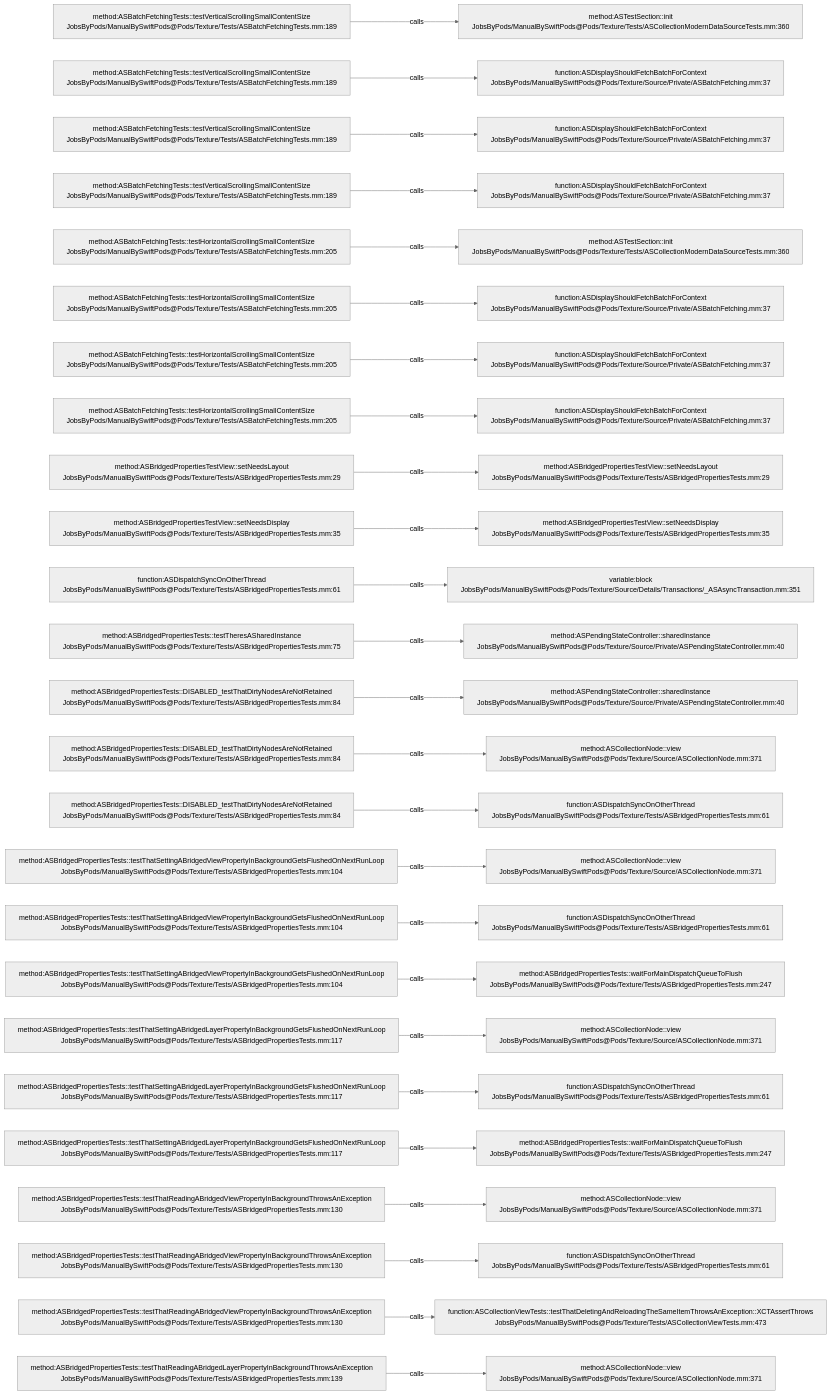
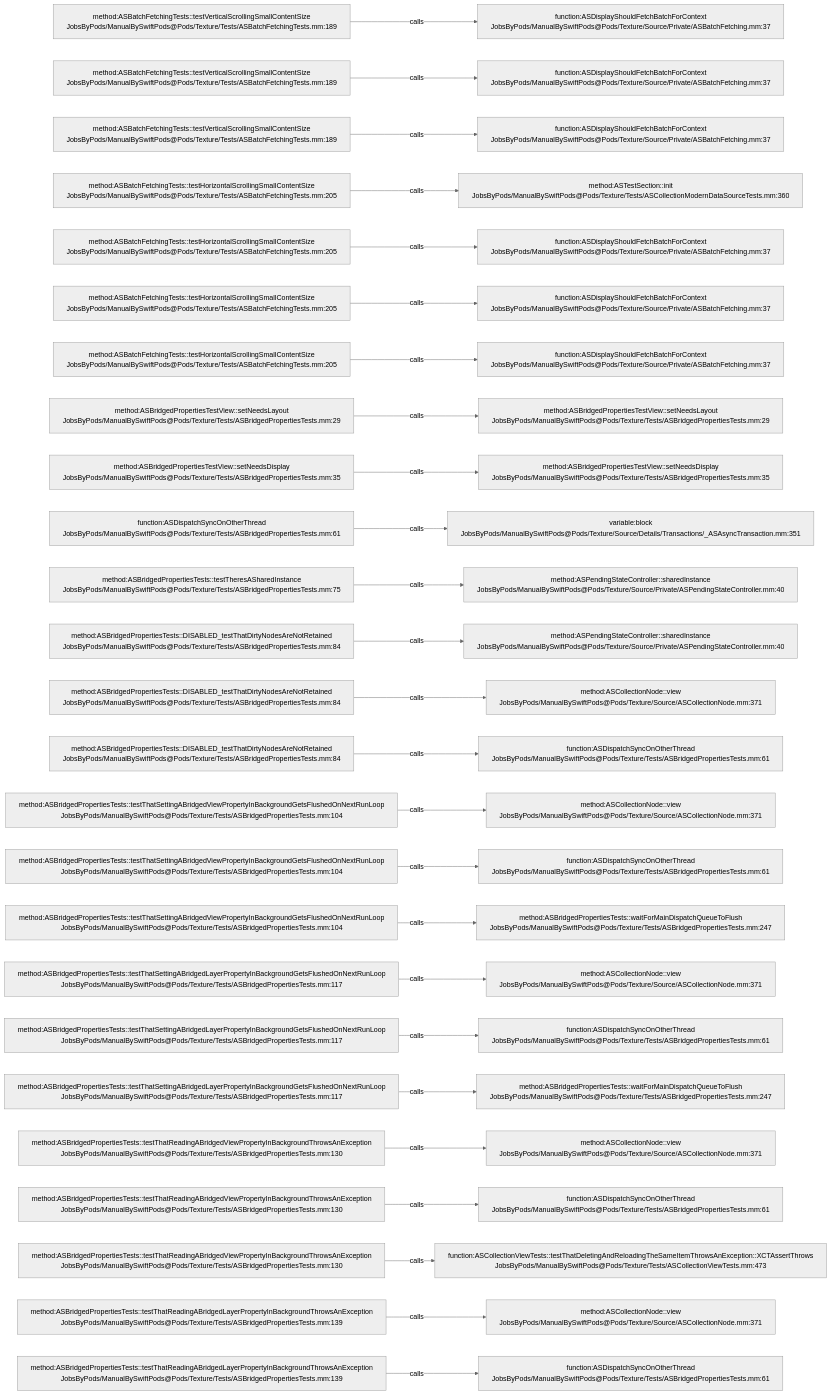
One commit to JobsKits/JobsSwiftBaseConfigDemo changed the diagram in .codegraph/codegraph.md/graphs/calls-163.md. Above: the diagram before and after it, drawn with Mermaid (neutral theme). The commit also changed 747 other files, not shown here.

````diff
--- a/.codegraph/codegraph.md/graphs/calls-163.md
+++ b/.codegraph/codegraph.md/graphs/calls-163.md
@@ -13,78 +13,78 @@
 ```mermaid
 flowchart LR
   S1["method:ASBatchFetchingTests::testVerticalScrollingSmallContentSize<br/>JobsByPods/ManualBySwiftPods@Pods/Texture/Tests/ASBatchFetchingTests.mm:189"]
-  T1["method:ASTestSection::init<br/>JobsByPods/ManualBySwiftPods@Pods/Texture/Tests/ASCollectionModernDataSourceTests.mm:360"]
+  T1["function:ASDisplayShouldFetchBatchForContext<br/>JobsByPods/ManualBySwiftPods@Pods/Texture/Source/Private/ASBatchFetching.mm:37"]
   S1 -->|calls| T1
   S2["method:ASBatchFetchingTests::testVerticalScrollingSmallContentSize<br/>JobsByPods/ManualBySwiftPods@Pods/Texture/Tests/ASBatchFetchingTests.mm:189"]
   T2["function:ASDisplayShouldFetchBatchForContext<br/>JobsByPods/ManualBySwiftPods@Pods/Texture/Source/Private/ASBatchFetching.mm:37"]
   S2 -->|calls| T2
   S3["method:ASBatchFetchingTests::testVerticalScrollingSmallContentSize<br/>JobsByPods/ManualBySwiftPods@Pods/Texture/Tests/ASBatchFetchingTests.mm:189"]
   T3["function:ASDisplayShouldFetchBatchForContext<br/>JobsByPods/ManualBySwiftPods@Pods/Texture/Source/Private/ASBatchFetching.mm:37"]
   S3 -->|calls| T3
-  S4["method:ASBatchFetchingTests::testVerticalScrollingSmallContentSize<br/>JobsByPods/ManualBySwiftPods@Pods/Texture/Tests/ASBatchFetchingTests.mm:189"]
-  T4["function:ASDisplayShouldFetchBatchForContext<br/>JobsByPods/ManualBySwiftPods@Pods/Texture/Source/Private/ASBatchFetching.mm:37"]
+  S4["method:ASBatchFetchingTests::testHorizontalScrollingSmallContentSize<br/>JobsByPods/ManualBySwiftPods@Pods/Texture/Tests/ASBatchFetchingTests.mm:205"]
+  T4["method:ASTestSection::init<br/>JobsByPods/ManualBySwiftPods@Pods/Texture/Tests/ASCollectionModernDataSourceTests.mm:360"]
   S4 -->|calls| T4
   S5["method:ASBatchFetchingTests::testHorizontalScrollingSmallContentSize<br/>JobsByPods/ManualBySwiftPods@Pods/Texture/Tests/ASBatchFetchingTests.mm:205"]
-  T5["method:ASTestSection::init<br/>JobsByPods/ManualBySwiftPods@Pods/Texture/Tests/ASCollectionModernDataSourceTests.mm:360"]
+  T5["function:ASDisplayShouldFetchBatchForContext<br/>JobsByPods/ManualBySwiftPods@Pods/Texture/Source/Private/ASBatchFetching.mm:37"]
   S5 -->|calls| T5
   S6["method:ASBatchFetchingTests::testHorizontalScrollingSmallContentSize<br/>JobsByPods/ManualBySwiftPods@Pods/Texture/Tests/ASBatchFetchingTests.mm:205"]
   T6["function:ASDisplayShouldFetchBatchForContext<br/>JobsByPods/ManualBySwiftPods@Pods/Texture/Source/Private/ASBatchFetching.mm:37"]
   S6 -->|calls| T6
   S7["method:ASBatchFetchingTests::testHorizontalScrollingSmallContentSize<br/>JobsByPods/ManualBySwiftPods@Pods/Texture/Tests/ASBatchFetchingTests.mm:205"]
   T7["function:ASDisplayShouldFetchBatchForContext<br/>JobsByPods/ManualBySwiftPods@Pods/Texture/Source/Private/ASBatchFetching.mm:37"]
   S7 -->|calls| T7
-  S8["method:ASBatchFetchingTests::testHorizontalScrollingSmallContentSize<br/>JobsByPods/ManualBySwiftPods@Pods/Texture/Tests/ASBatchFetchingTests.mm:205"]
-  T8["function:ASDisplayShouldFetchBatchForContext<br/>JobsByPods/ManualBySwiftPods@Pods/Texture/Source/Private/ASBatchFetching.mm:37"]
+  S8["method:ASBridgedPropertiesTestView::setNeedsLayout<br/>JobsByPods/ManualBySwiftPods@Pods/Texture/Tests/ASBridgedPropertiesTests.mm:29"]
+  T8["method:ASBridgedPropertiesTestView::setNeedsLayout<br/>JobsByPods/ManualBySwiftPods@Pods/Texture/Tests/ASBridgedPropertiesTests.mm:29"]
   S8 -->|calls| T8
-  S9["method:ASBridgedPropertiesTestView::setNeedsLayout<br/>JobsByPods/ManualBySwiftPods@Pods/Texture/Tests/ASBridgedPropertiesTests.mm:29"]
-  T9["method:ASBridgedPropertiesTestView::setNeedsLayout<br/>JobsByPods/ManualBySwiftPods@Pods/Texture/Tests/ASBridgedPropertiesTests.mm:29"]
+  S9["method:ASBridgedPropertiesTestView::setNeedsDisplay<br/>JobsByPods/ManualBySwiftPods@Pods/Texture/Tests/ASBridgedPropertiesTests.mm:35"]
+  T9["method:ASBridgedPropertiesTestView::setNeedsDisplay<br/>JobsByPods/ManualBySwiftPods@Pods/Texture/Tests/ASBridgedPropertiesTests.mm:35"]
   S9 -->|calls| T9
-  S10["method:ASBridgedPropertiesTestView::setNeedsDisplay<br/>JobsByPods/ManualBySwiftPods@Pods/Texture/Tests/ASBridgedPropertiesTests.mm:35"]
-  T10["method:ASBridgedPropertiesTestView::setNeedsDisplay<br/>JobsByPods/ManualBySwiftPods@Pods/Texture/Tests/ASBridgedPropertiesTests.mm:35"]
+  S10["function:ASDispatchSyncOnOtherThread<br/>JobsByPods/ManualBySwiftPods@Pods/Texture/Tests/ASBridgedPropertiesTests.mm:61"]
+  T10["variable:block<br/>JobsByPods/ManualBySwiftPods@Pods/Texture/Source/Details/Transactions/_ASAsyncTransaction.mm:351"]
   S10 -->|calls| T10
-  S11["function:ASDispatchSyncOnOtherThread<br/>JobsByPods/ManualBySwiftPods@Pods/Texture/Tests/ASBridgedPropertiesTests.mm:61"]
-  T11["variable:block<br/>JobsByPods/ManualBySwiftPods@Pods/Texture/Source/Details/Transactions/_ASAsyncTransaction.mm:351"]
+  S11["method:ASBridgedPropertiesTests::testTheresASharedInstance<br/>JobsByPods/ManualBySwiftPods@Pods/Texture/Tests/ASBridgedPropertiesTests.mm:75"]
+  T11["method:ASPendingStateController::sharedInstance<br/>JobsByPods/ManualBySwiftPods@Pods/Texture/Source/Private/ASPendingStateController.mm:40"]
   S11 -->|calls| T11
-  S12["method:ASBridgedPropertiesTests::testTheresASharedInstance<br/>JobsByPods/ManualBySwiftPods@Pods/Texture/Tests/ASBridgedPropertiesTests.mm:75"]
+  S12["method:ASBridgedPropertiesTests::DISABLED_testThatDirtyNodesAreNotRetained<br/>JobsByPods/ManualBySwiftPods@Pods/Texture/Tests/ASBridgedPropertiesTests.mm:84"]
   T12["method:ASPendingStateController::sharedInstance<br/>JobsByPods/ManualBySwiftPods@Pods/Texture/Source/Private/ASPendingStateController.mm:40"]
   S12 -->|calls| T12
   S13["method:ASBridgedPropertiesTests::DISABLED_testThatDirtyNodesAreNotRetained<br/>JobsByPods/ManualBySwiftPods@Pods/Texture/Tests/ASBridgedPropertiesTests.mm:84"]
-  T13["method:ASPendingStateController::sharedInstance<br/>JobsByPods/ManualBySwiftPods@Pods/Texture/Source/Private/ASPendingStateController.mm:40"]
+  T13["method:ASCollectionNode::view<br/>JobsByPods/ManualBySwiftPods@Pods/Texture/Source/ASCollectionNode.mm:371"]
   S13 -->|calls| T13
   S14["method:ASBridgedPropertiesTests::DISABLED_testThatDirtyNodesAreNotRetained<br/>JobsByPods/ManualBySwiftPods@Pods/Texture/Tests/ASBridgedPropertiesTests.mm:84"]
-  T14["method:ASCollectionNode::view<br/>JobsByPods/ManualBySwiftPods@Pods/Texture/Source/ASCollectionNode.mm:371"]
+  T14["function:ASDispatchSyncOnOtherThread<br/>JobsByPods/ManualBySwiftPods@Pods/Texture/Tests/ASBridgedPropertiesTests.mm:61"]
   S14 -->|calls| T14
-  S15["method:ASBridgedPropertiesTests::DISABLED_testThatDirtyNodesAreNotRetained<br/>JobsByPods/ManualBySwiftPods@Pods/Texture/Tests/ASBridgedPropertiesTests.mm:84"]
-  T15["function:ASDispatchSyncOnOtherThread<br/>JobsByPods/ManualBySwiftPods@Pods/Texture/Tests/ASBridgedPropertiesTests.mm:61"]
+  S15["method:ASBridgedPropertiesTests::testThatSettingABridgedViewPropertyInBackgroundGetsFlushedOnNextRunLoop<br/>JobsByPods/ManualBySwiftPods@Pods/Texture/Tests/ASBridgedPropertiesTests.mm:104"]
+  T15["method:ASCollectionNode::view<br/>JobsByPods/ManualBySwiftPods@Pods/Texture/Source/ASCollectionNode.mm:371"]
   S15 -->|calls| T15
   S16["method:ASBridgedPropertiesTests::testThatSettingABridgedViewPropertyInBackgroundGetsFlushedOnNextRunLoop<br/>JobsByPods/ManualBySwiftPods@Pods/Texture/Tests/ASBridgedPropertiesTests.mm:104"]
-  T16["method:ASCollectionNode::view<br/>JobsByPods/ManualBySwiftPods@Pods/Texture/Source/ASCollectionNode.mm:371"]
+  T16["function:ASDispatchSyncOnOtherThread<br/>JobsByPods/ManualBySwiftPods@Pods/Texture/Tests/ASBridgedPropertiesTests.mm:61"]
   S16 -->|calls| T16
   S17["method:ASBridgedPropertiesTests::testThatSettingABridgedViewPropertyInBackgroundGetsFlushedOnNextRunLoop<br/>JobsByPods/ManualBySwiftPods@Pods/Texture/Tests/ASBridgedPropertiesTests.mm:104"]
-  T17["function:ASDispatchSyncOnOtherThread<br/>JobsByPods/ManualBySwiftPods@Pods/Texture/Tests/ASBridgedPropertiesTests.mm:61"]
+  T17["method:ASBridgedPropertiesTests::waitForMainDispatchQueueToFlush<br/>JobsByPods/ManualBySwiftPods@Pods/Texture/Tests/ASBridgedPropertiesTests.mm:247"]
   S17 -->|calls| T17
-  S18["method:ASBridgedPropertiesTests::testThatSettingABridgedViewPropertyInBackgroundGetsFlushedOnNextRunLoop<br/>JobsByPods/ManualBySwiftPods@Pods/Texture/Tests/ASBridgedPropertiesTests.mm:104"]
-  T18["method:ASBridgedPropertiesTests::waitForMainDispatchQueueToFlush<br/>JobsByPods/ManualBySwiftPods@Pods/Texture/Tests/ASBridgedPropertiesTests.mm:247"]
+  S18["method:ASBridgedPropertiesTests::testThatSettingABridgedLayerPropertyInBackgroundGetsFlushedOnNextRunLoop<br/>JobsByPods/ManualBySwiftPods@Pods/Texture/Tests/ASBridgedPropertiesTests.mm:117"]
+  T18["method:ASCollectionNode::view<br/>JobsByPods/ManualBySwiftPods@Pods/Texture/Source/ASCollectionNode.mm:371"]
   S18 -->|calls| T18
   S19["method:ASBridgedPropertiesTests::testThatSettingABridgedLayerPropertyInBackgroundGetsFlushedOnNextRunLoop<br/>JobsByPods/ManualBySwiftPods@Pods/Texture/Tests/ASBridgedPropertiesTests.mm:117"]
-  T19["method:ASCollectionNode::view<br/>JobsByPods/ManualBySwiftPods@Pods/Texture/Source/ASCollectionNode.mm:371"]
+  T19["function:ASDispatchSyncOnOtherThread<br/>JobsByPods/ManualBySwiftPods@Pods/Texture/Tests/ASBridgedPropertiesTests.mm:61"]
   S19 -->|calls| T19
   S20["method:ASBridgedPropertiesTests::testThatSettingABridgedLayerPropertyInBackgroundGetsFlushedOnNextRunLoop<br/>JobsByPods/ManualBySwiftPods@Pods/Texture/Tests/ASBridgedPropertiesTests.mm:117"]
-  T20["function:ASDispatchSyncOnOtherThread<br/>JobsByPods/ManualBySwiftPods@Pods/Texture/Tests/ASBridgedPropertiesTests.mm:61"]
+  T20["method:ASBridgedPropertiesTests::waitForMainDispatchQueueToFlush<br/>JobsByPods/ManualBySwiftPods@Pods/Texture/Tests/ASBridgedPropertiesTests.mm:247"]
   S20 -->|calls| T20
-  S21["method:ASBridgedPropertiesTests::testThatSettingABridgedLayerPropertyInBackgroundGetsFlushedOnNextRunLoop<br/>JobsByPods/ManualBySwiftPods@Pods/Texture/Tests/ASBridgedPropertiesTests.mm:117"]
-  T21["method:ASBridgedPropertiesTests::waitForMainDispatchQueueToFlush<br/>JobsByPods/ManualBySwiftPods@Pods/Texture/Tests/ASBridgedPropertiesTests.mm:247"]
+  S21["method:ASBridgedPropertiesTests::testThatReadingABridgedViewPropertyInBackgroundThrowsAnException<br/>JobsByPods/ManualBySwiftPods@Pods/Texture/Tests/ASBridgedPropertiesTests.mm:130"]
+  T21["method:ASCollectionNode::view<br/>JobsByPods/ManualBySwiftPods@Pods/Texture/Source/ASCollectionNode.mm:371"]
   S21 -->|calls| T21
   S22["method:ASBridgedPropertiesTests::testThatReadingABridgedViewPropertyInBackgroundThrowsAnException<br/>JobsByPods/ManualBySwiftPods@Pods/Texture/Tests/ASBridgedPropertiesTests.mm:130"]
-  T22["method:ASCollectionNode::view<br/>JobsByPods/ManualBySwiftPods@Pods/Texture/Source/ASCollectionNode.mm:371"]
+  T22["function:ASDispatchSyncOnOtherThread<br/>JobsByPods/ManualBySwiftPods@Pods/Texture/Tests/ASBridgedPropertiesTests.mm:61"]
   S22 -->|calls| T22
   S23["method:ASBridgedPropertiesTests::testThatReadingABridgedViewPropertyInBackgroundThrowsAnException<br/>JobsByPods/ManualBySwiftPods@Pods/Texture/Tests/ASBridgedPropertiesTests.mm:130"]
-  T23["function:ASDispatchSyncOnOtherThread<br/>JobsByPods/ManualBySwiftPods@Pods/Texture/Tests/ASBridgedPropertiesTests.mm:61"]
+  T23["function:ASCollectionViewTests::testThatDeletingAndReloadingTheSameItemThrowsAnException::XCTAssertThrows<br/>JobsByPods/ManualBySwiftPods@Pods/Texture/Tests/ASCollectionViewTests.mm:473"]
   S23 -->|calls| T23
-  S24["method:ASBridgedPropertiesTests::testThatReadingABridgedViewPropertyInBackgroundThrowsAnException<br/>JobsByPods/ManualBySwiftPods@Pods/Texture/Tests/ASBridgedPropertiesTests.mm:130"]
-  T24["function:ASCollectionViewTests::testThatDeletingAndReloadingTheSameItemThrowsAnException::XCTAssertThrows<br/>JobsByPods/ManualBySwiftPods@Pods/Texture/Tests/ASCollectionViewTests.mm:473"]
+  S24["method:ASBridgedPropertiesTests::testThatReadingABridgedLayerPropertyInBackgroundThrowsAnException<br/>JobsByPods/ManualBySwiftPods@Pods/Texture/Tests/ASBridgedPropertiesTests.mm:139"]
+  T24["method:ASCollectionNode::view<br/>JobsByPods/ManualBySwiftPods@Pods/Texture/Source/ASCollectionNode.mm:371"]
   S24 -->|calls| T24
   S25["method:ASBridgedPropertiesTests::testThatReadingABridgedLayerPropertyInBackgroundThrowsAnException<br/>JobsByPods/ManualBySwiftPods@Pods/Texture/Tests/ASBridgedPropertiesTests.mm:139"]
-  T25["method:ASCollectionNode::view<br/>JobsByPods/ManualBySwiftPods@Pods/Texture/Source/ASCollectionNode.mm:371"]
+  T25["function:ASDispatchSyncOnOtherThread<br/>JobsByPods/ManualBySwiftPods@Pods/Texture/Tests/ASBridgedPropertiesTests.mm:61"]
   S25 -->|calls| T25
 ```
````
